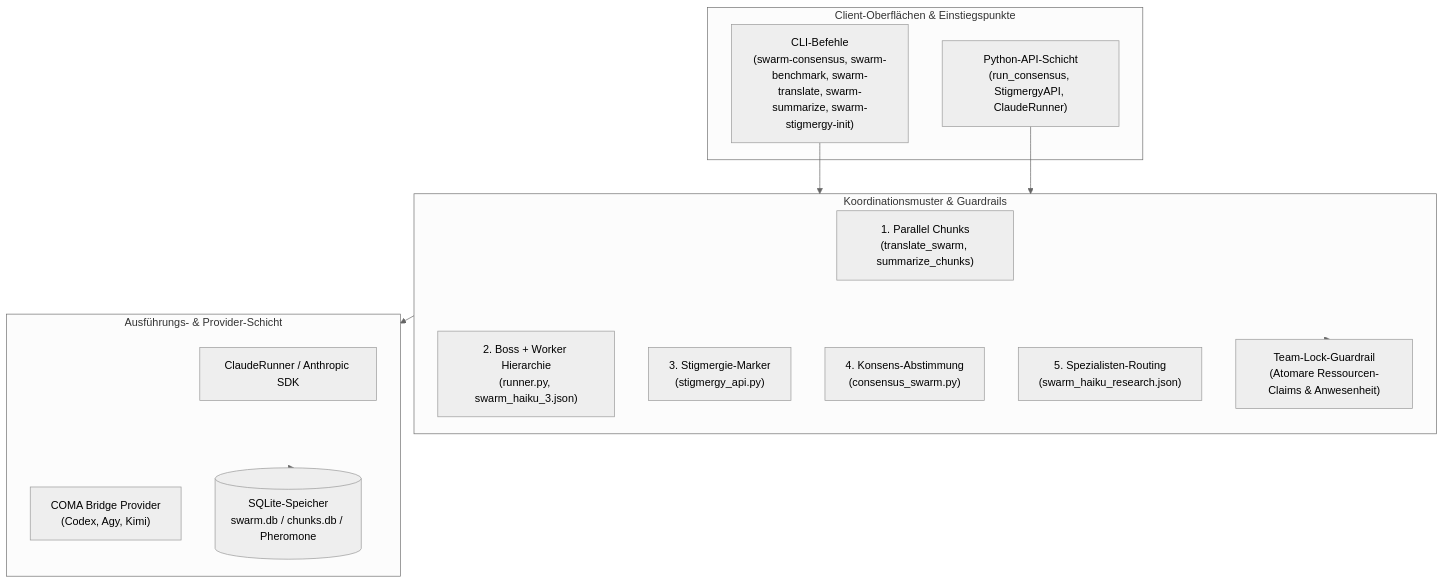
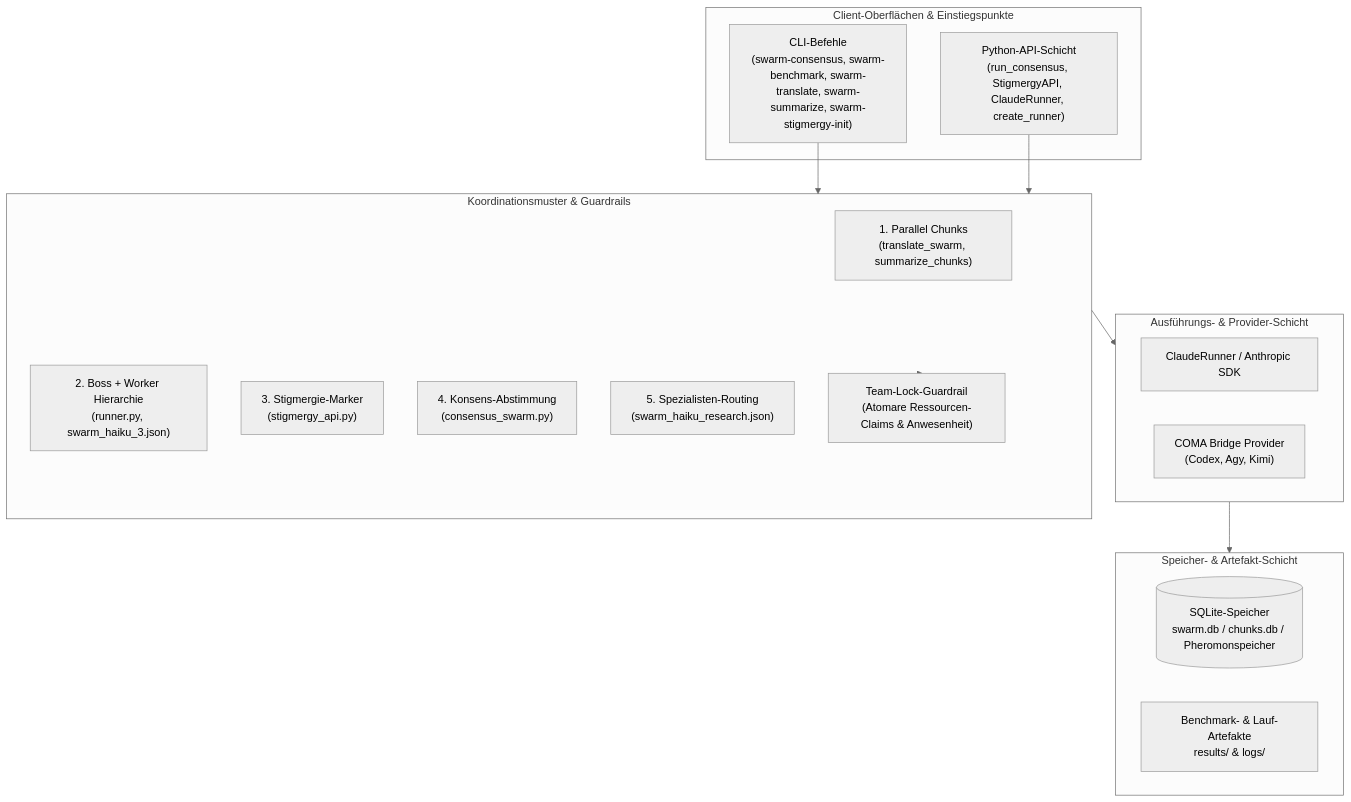
The first of 2 diagrams in README_de.md (cschanhniem/swarm-ai), drawn with Mermaid (neutral theme) before and after one commit. The commit also changed other lines of this file and 8 other files, not shown here.

Commit message:
docs: discoverability, visual architecture, bilingual parity & metadata contract (Pfad B)

````diff
--- a/README_de.md
+++ b/README_de.md
@@ -56,28 +61,32 @@
 ```mermaid
-graph TD
+flowchart TB
     subgraph Client["Client-Oberflächen & Einstiegspunkte"]
         CLI["CLI-Befehle<br/>(swarm-consensus, swarm-benchmark, swarm-translate, swarm-summarize, swarm-stigmergy-init)"]
-        API["Python-API-Schicht<br/>(run_consensus, StigmergyAPI, ClaudeRunner)"]
+        API["Python-API-Schicht<br/>(run_consensus, StigmergyAPI, ClaudeRunner, create_runner)"]
     end
 
     subgraph Coordination["Koordinationsmuster & Guardrails"]
         P1["1. Parallel Chunks<br/>(translate_swarm, summarize_chunks)"]
         P2["2. Boss + Worker Hierarchie<br/>(runner.py, swarm_haiku_3.json)"]
         P3["3. Stigmergie-Marker<br/>(stigmergy_api.py)"]
         P4["4. Konsens-Abstimmung<br/>(consensus_swarm.py)"]
         P5["5. Spezialisten-Routing<br/>(swarm_haiku_research.json)"]
         TL["Team-Lock-Guardrail<br/>(Atomare Ressourcen-Claims & Anwesenheit)"]
     end
 
     subgraph Execution["Ausführungs- & Provider-Schicht"]
         CR["ClaudeRunner / Anthropic SDK"]
         COMA["COMA Bridge Provider<br/>(Codex, Agy, Kimi)"]
-        DB[(SQLite-Speicher<br/>swarm.db / chunks.db / Pheromone)]
+    end
+
+    subgraph Storage["Speicher- & Artefakt-Schicht"]
+        DB[(SQLite-Speicher<br/>swarm.db / chunks.db / Pheromonspeicher)]
+        RES["Benchmark- & Lauf-Artefakte<br/>results/ & logs/"]
     end
 
     CLI --> Coordination
     API --> Coordination
     Coordination --> TL
     Coordination --> Execution
-    Execution --> DB
+    Execution --> Storage
 ```
````
